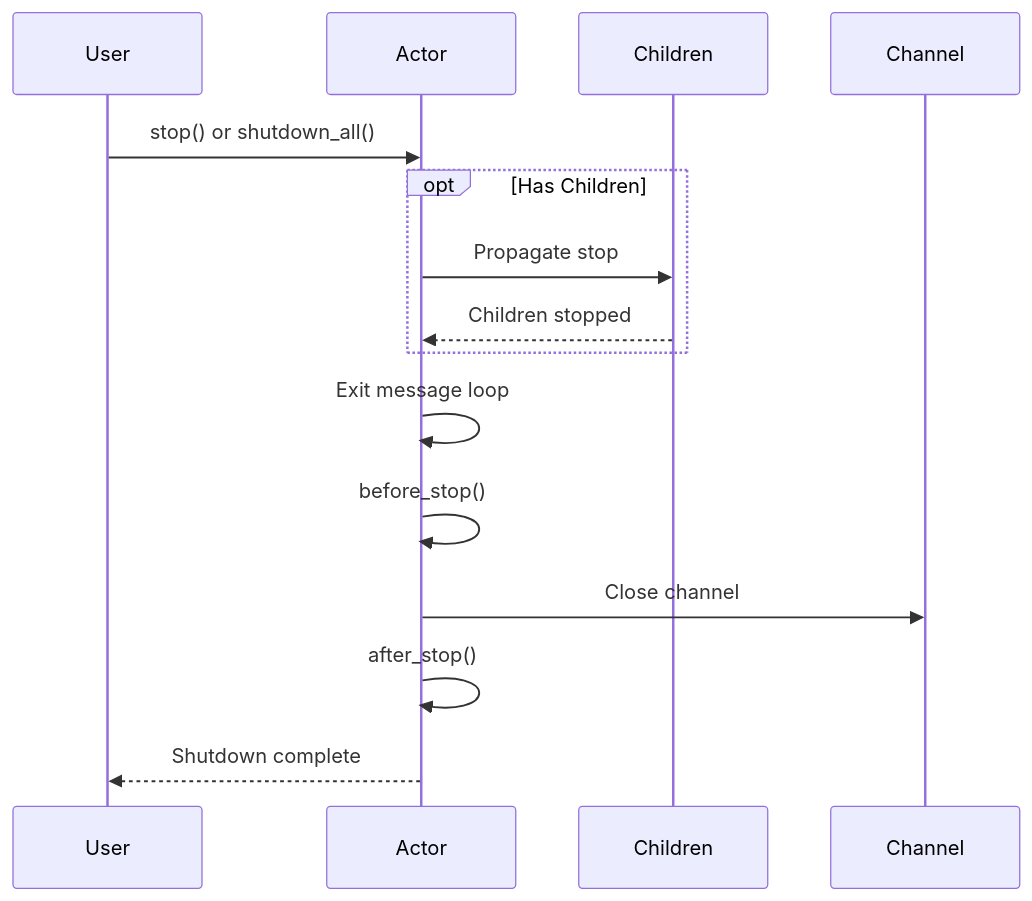
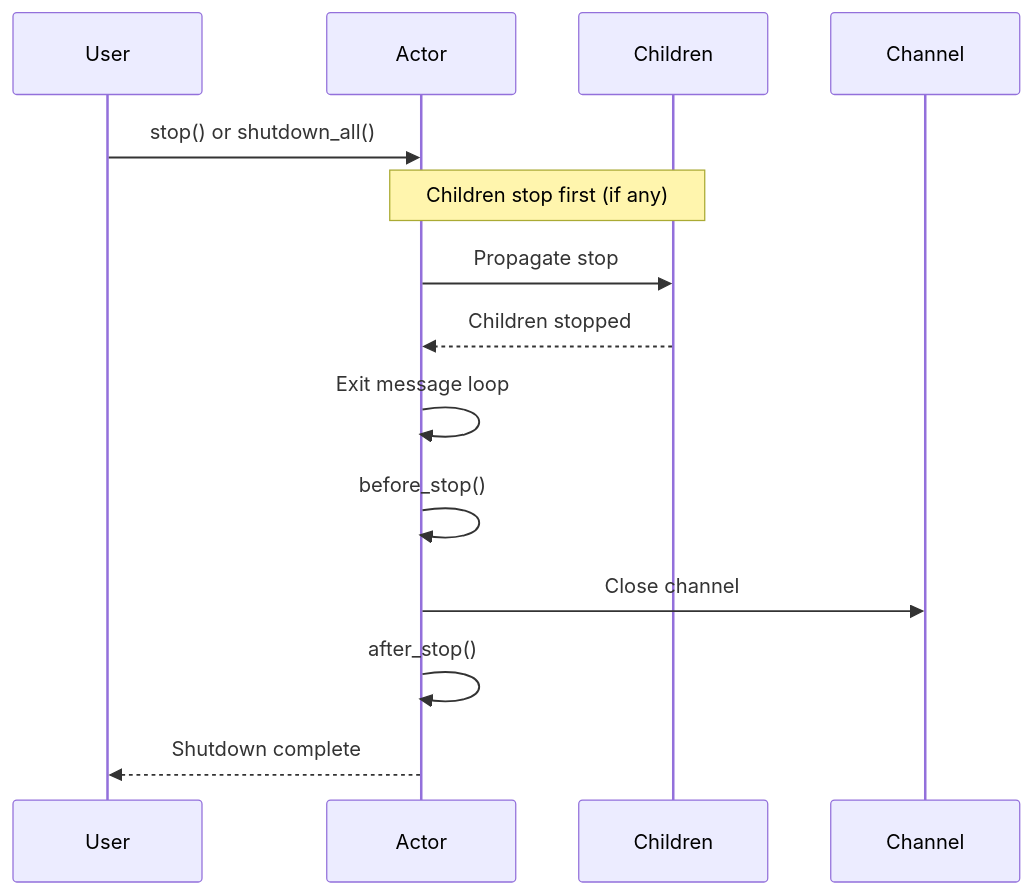
The fourth of 4 diagrams in acton-docs-site/src/app/docs/actor-lifecycle/page.md (Govcraft/acton-reactive), drawn with Mermaid before and after one commit.

Commit message:
docs: fix mermaid syntax in actor-lifecycle diagram

````diff
--- a/acton-docs-site/src/app/docs/actor-lifecycle/page.md
+++ b/acton-docs-site/src/app/docs/actor-lifecycle/page.md
@@ -250,17 +250,16 @@
 ```mermaid
 sequenceDiagram
     participant U as User
     participant A as Actor
     participant Ch as Children
     participant C as Channel
     U->>A: stop() or shutdown_all()
-    opt Has Children
-        A->>Ch: Propagate stop
-        Ch-->>A: Children stopped
-    end
+    Note over A,Ch: Children stop first (if any)
+    A->>Ch: Propagate stop
+    Ch-->>A: Children stopped
     A->>A: Exit message loop
     A->>A: before_stop()
     A->>C: Close channel
     A->>A: after_stop()
     A-->>U: Shutdown complete
 ```
````
